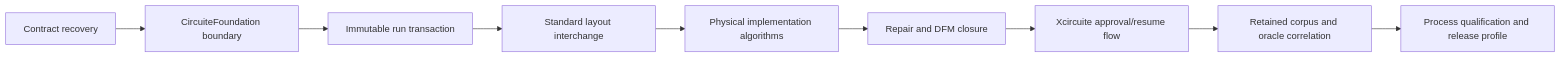
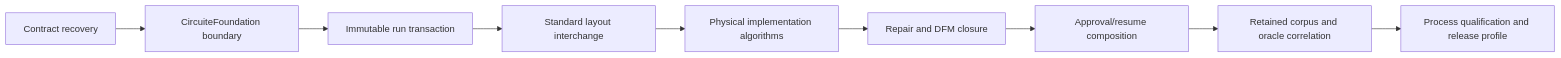
One commit to 1amageek/PhysicalDesignEngine changed the diagram in MILESTONES.md. Above: the diagram before and after it, drawn with Mermaid. The commit also changed other lines of this file and 59 other files, not shown here.

````diff
--- a/MILESTONES.md
+++ b/MILESTONES.md
@@ -5,11 +5,11 @@
 ```mermaid
 flowchart LR
   M0[Contract recovery] --> M05[CircuiteFoundation boundary]
   M05 --> M1[Immutable run transaction]
   M1 --> M2[Standard layout interchange]
   M2 --> M3[Physical implementation algorithms]
   M3 --> M4[Repair and DFM closure]
-  M4 --> M5[Xcircuite approval/resume flow]
+  M4 --> M5[Approval/resume composition]
   M5 --> M6[Retained corpus and oracle correlation]
   M6 --> M7[Process qualification and release profile]
 ```
````
